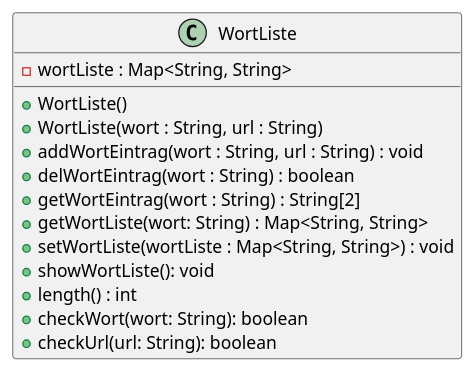
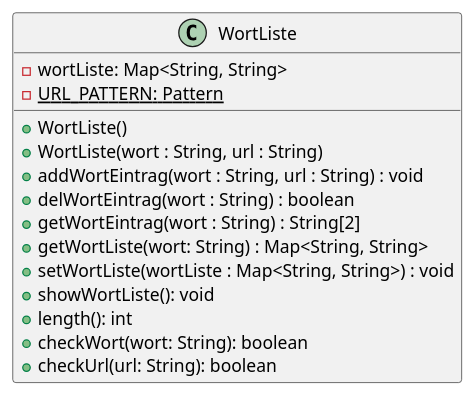
One commit to TGM-HIT/sew9-2425-worttrainer-Batscho changed the diagram in src/main/resources/Worttrainer Reloaded.puml. Above: the diagram before and after it, drawn with PlantUML. The commit also changed 16 other files, not shown here.

Commit message:
[GK] Worttrainer Reloaded Commit 8: Änderungen an der WortListe vorgenommen, um Effizienz zu garantieren und versucht mit den Tests zu beginnen. Es gibt jedoch ein Problem mit JUnit welches gerade versucht wird zu lösen.

```diff
--- a/src/main/resources/Worttrainer Reloaded.puml
+++ b/src/main/resources/Worttrainer Reloaded.puml
@@ -1,21 +1,21 @@
 @startuml
 'https://plantuml.com/class-diagram
 
 
 class WortListe {
-- wortListe : Map<String, String>
-
+- wortListe: Map<String, String>
+- {static} URL_PATTERN: Pattern
 + WortListe()
 + WortListe(wort : String, url : String)
 + addWortEintrag(wort : String, url : String) : void
 + delWortEintrag(wort : String) : boolean
 + getWortEintrag(wort : String) : String[2]
 + getWortListe(wort: String) : Map<String, String>
 + setWortListe(wortListe : Map<String, String>) : void
 + showWortListe(): void
-+ length() : int
++ length(): int
 + checkWort(wort: String): boolean
 + checkUrl(url: String): boolean
 }
 
 @enduml
```
